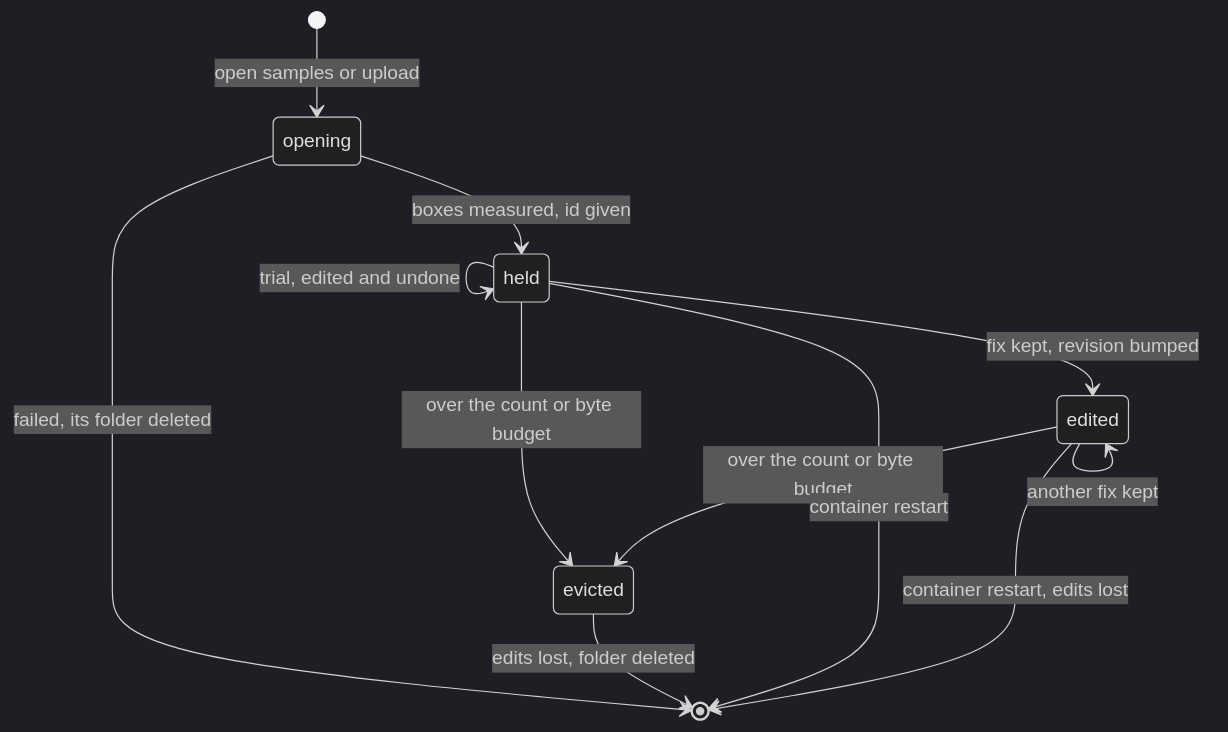
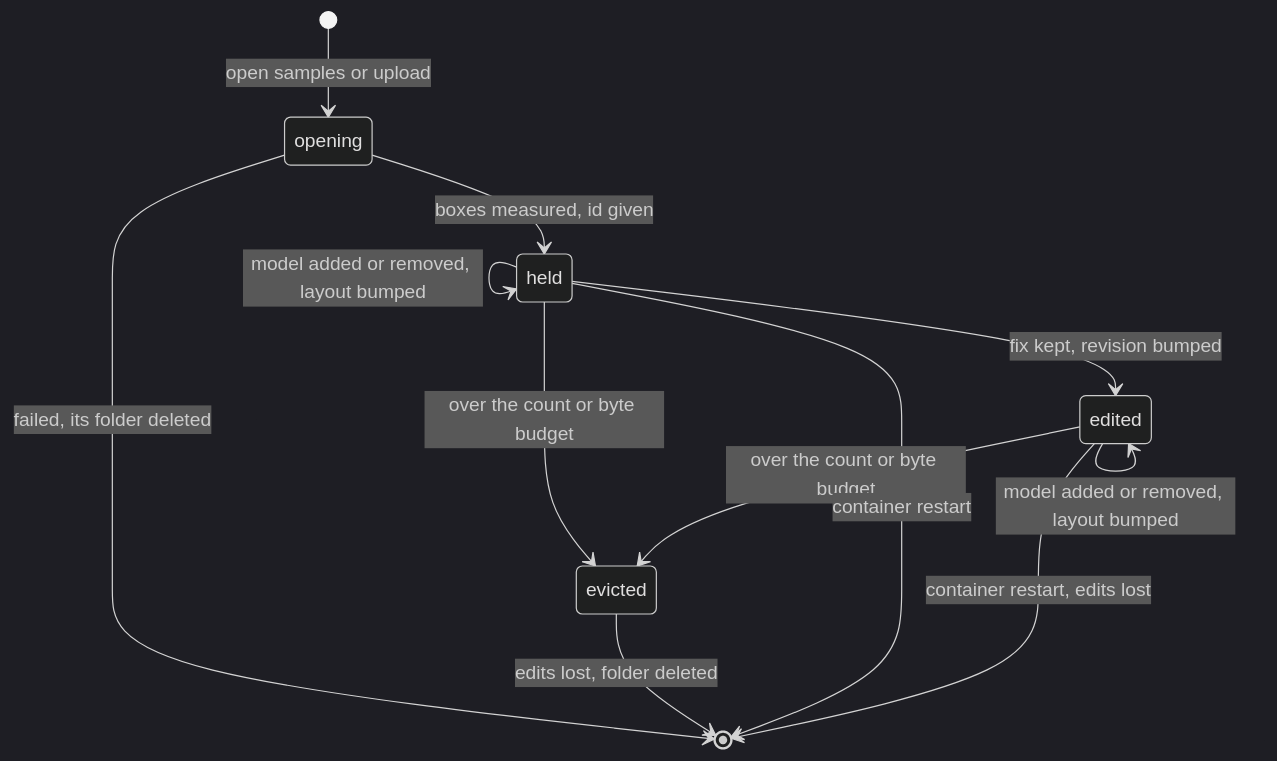
The fourth of 7 diagrams in docs/architecture/05-domain-model-and-state.md (IssueLab-Inc/ORCA), drawn with Mermaid (dark theme) before and after one commit. The commit also changed other lines of this file and 12 other files, not shown here.

````diff
--- a/docs/architecture/05-domain-model-and-state.md
+++ b/docs/architecture/05-domain-model-and-state.md
@@ -431,14 +434,16 @@
 ```mermaid
 stateDiagram-v2
     [*] --> opening : open samples or upload
     opening --> held : boxes measured, id given
     opening --> [*] : failed, its folder deleted
     held --> held : trial, edited and undone
     held --> edited : fix kept, revision bumped
     edited --> edited : another fix kept
+    held --> held : model added or removed, layout bumped
+    edited --> edited : model added or removed, layout bumped
     held --> evicted : over the count or byte budget
     edited --> evicted : over the count or byte budget
     evicted --> [*] : edits lost, folder deleted
     held --> [*] : container restart
     edited --> [*] : container restart, edits lost
 ```
````
